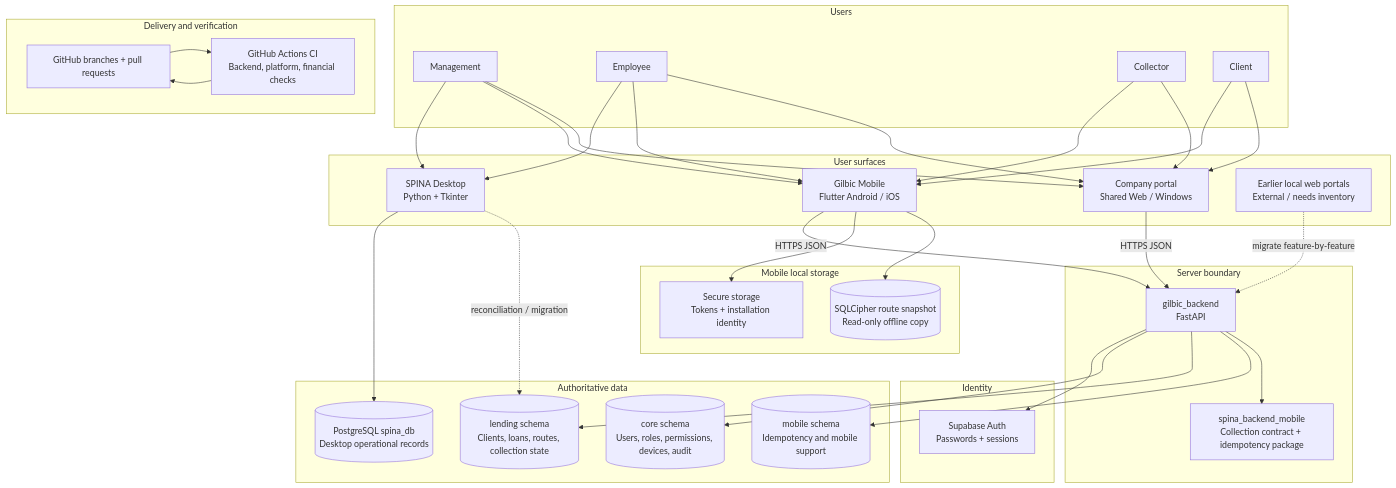
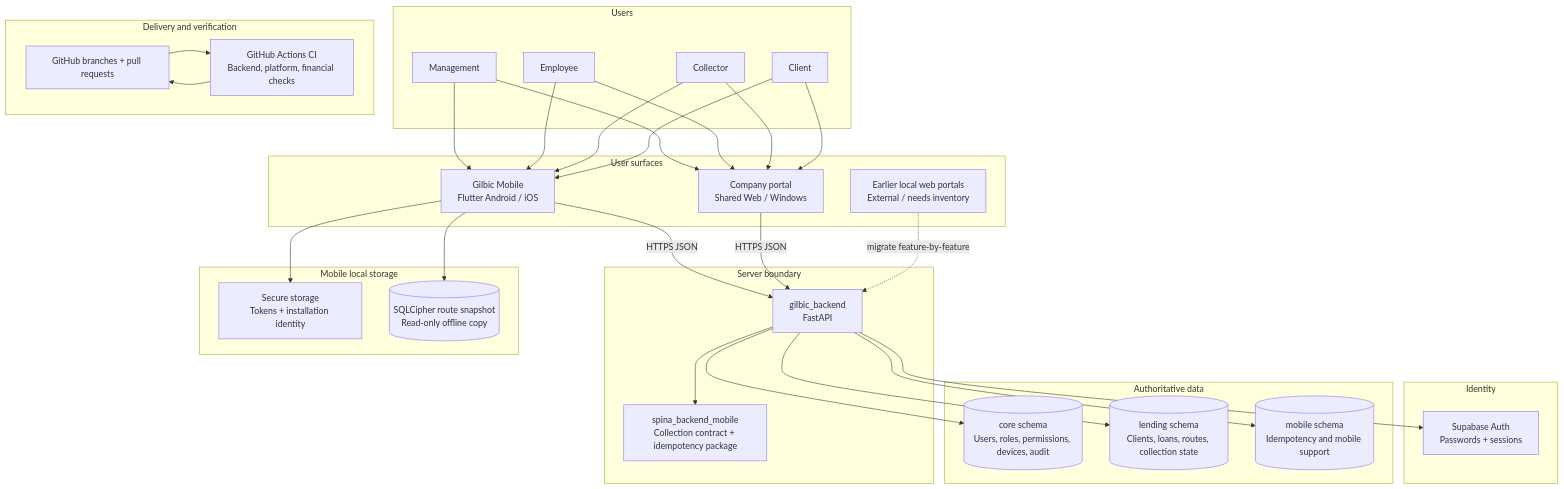
One commit to GILBIC/spina-lending-app changed the first of 6 diagrams in docs/architecture/system-map.md. Above: the diagram before and after it, drawn with Mermaid. The commit also changed other lines of this file and 567 other files, not shown here.

````diff
--- a/docs/architecture/system-map.md
+++ b/docs/architecture/system-map.md
@@ -9,72 +9,66 @@
 ```mermaid
 flowchart TB
     subgraph USERS[Users]
         MANAGEMENT[Management]
         EMPLOYEE[Employee]
         COLLECTOR[Collector]
         CLIENT[Client]
     end
 
     subgraph SURFACES[User surfaces]
-        DESKTOP[SPINA Desktop\nPython + Tkinter]
         MOBILE[Gilbic Mobile\nFlutter Android / iOS]
         PORTAL[Company portal\nShared Web / Windows]
         LEGACY[Earlier local web portals\nExternal / needs inventory]
     end
 
     subgraph API[Server boundary]
         FASTAPI[gilbic_backend\nFastAPI]
         CONTRACT[spina_backend_mobile\nCollection contract + idempotency package]
     end
 
     subgraph AUTH[Identity]
         SUPAAUTH[Supabase Auth\nPasswords + sessions]
     end
 
     subgraph DATA[Authoritative data]
-        SPINADB[(PostgreSQL spina_db\nDesktop operational records)]
         CORE[(core schema\nUsers, roles, permissions, devices, audit)]
         LENDING[(lending schema\nClients, loans, routes, collection state)]
         MOBILEDB[(mobile schema\nIdempotency and mobile support)]
     end
 
     subgraph LOCAL[Mobile local storage]
         SECURE[Secure storage\nTokens + installation identity]
         CACHE[(SQLCipher route snapshot\nRead-only offline copy)]
     end
 
     subgraph DELIVERY[Delivery and verification]
         GITHUB[GitHub branches + pull requests]
         CI[GitHub Actions CI\nBackend, platform, financial checks]
     end
 
-    MANAGEMENT --> DESKTOP
     MANAGEMENT --> MOBILE
-    EMPLOYEE --> DESKTOP
     EMPLOYEE --> MOBILE
     COLLECTOR --> MOBILE
     CLIENT --> MOBILE
     MANAGEMENT --> PORTAL
     EMPLOYEE --> PORTAL
     COLLECTOR --> PORTAL
     CLIENT --> PORTAL
 
     MOBILE -->|HTTPS JSON| FASTAPI
     PORTAL -->|HTTPS JSON| FASTAPI
     FASTAPI --> SUPAAUTH
     FASTAPI --> CORE
     FASTAPI --> LENDING
     FASTAPI --> MOBILEDB
     FASTAPI --> CONTRACT
 
-    DESKTOP --> SPINADB
-    DESKTOP -. reconciliation / migration .-> LENDING
 
     MOBILE --> SECURE
     MOBILE --> CACHE
 
     LEGACY -. migrate feature-by-feature .-> FASTAPI
 
     GITHUB --> CI
     CI --> GITHUB
 ```
````
